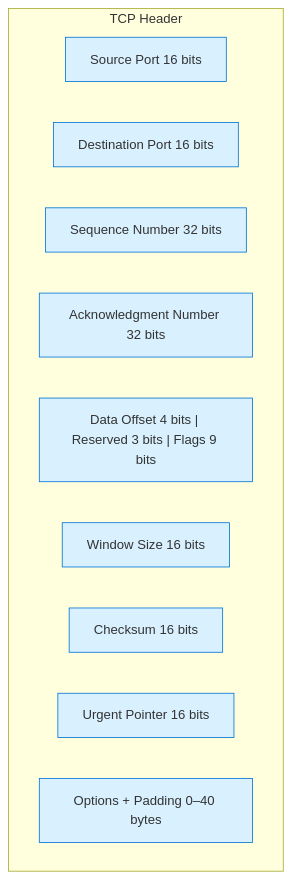
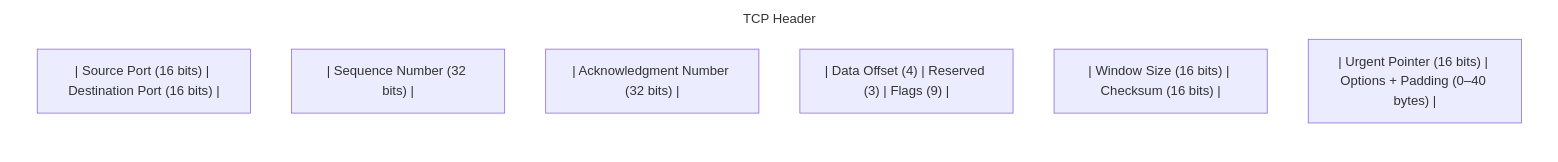
Before and after one commit to pavbjj/tcp-ip-deep-dive: the first of 3 diagrams in headers/headers.md, drawn with Mermaid. The commit also changed other lines of this file, not shown here.

````diff
--- a/headers/headers.md
+++ b/headers/headers.md
@@ -14,16 +14,14 @@
 ```mermaid
-graph TD
+graph TB
+    style TCP_Header fill:none,stroke:none
+
     subgraph TCP_Header["TCP Header"]
-        A1["Source Port 16 bits"]:::field
-        A2["Destination Port 16 bits"]:::field
-        B1["Sequence Number 32 bits"]:::field
-        C1["Acknowledgment Number 32 bits"]:::field
-        D1["Data Offset 4 bits | Reserved 3 bits | Flags 9 bits"]:::field
-        E1["Window Size 16 bits"]:::field
-        E2["Checksum 16 bits"]:::field
-        F1["Urgent Pointer 16 bits"]:::field
-        F2["Options + Padding 0–40 bytes"]:::field
+        direction TB
+        R1["| Source Port (16 bits) | Destination Port (16 bits) |"]
+        R2["| Sequence Number (32 bits) |"]
+        R3["| Acknowledgment Number (32 bits) |"]
+        R4["| Data Offset (4) | Reserved (3) | Flags (9) |"]
+        R5["| Window Size (16 bits) | Checksum (16 bits) |"]
+        R6["| Urgent Pointer (16 bits) | Options + Padding (0–40 bytes) |"]
     end
-
-    classDef field fill:#d9f0ff,stroke:#0074D9,stroke-width:1px;
 ```
````
